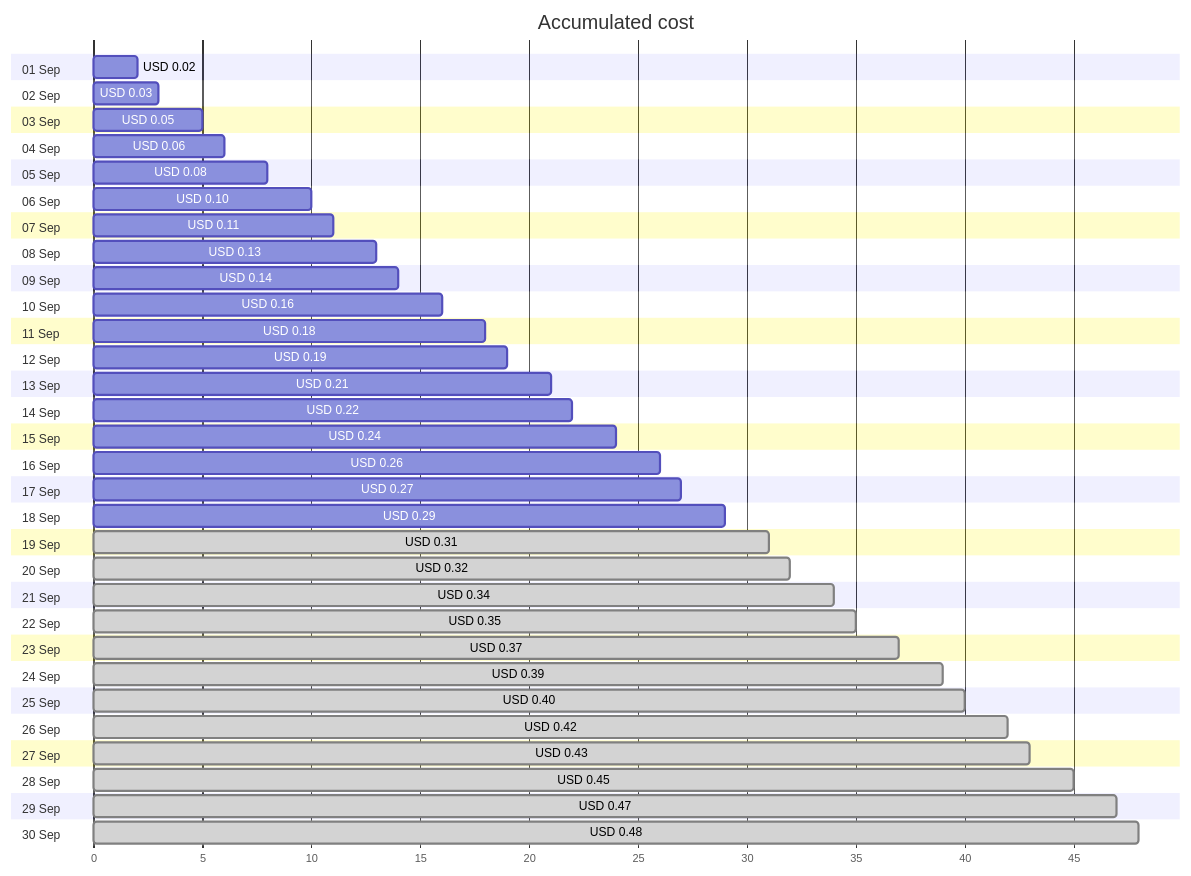
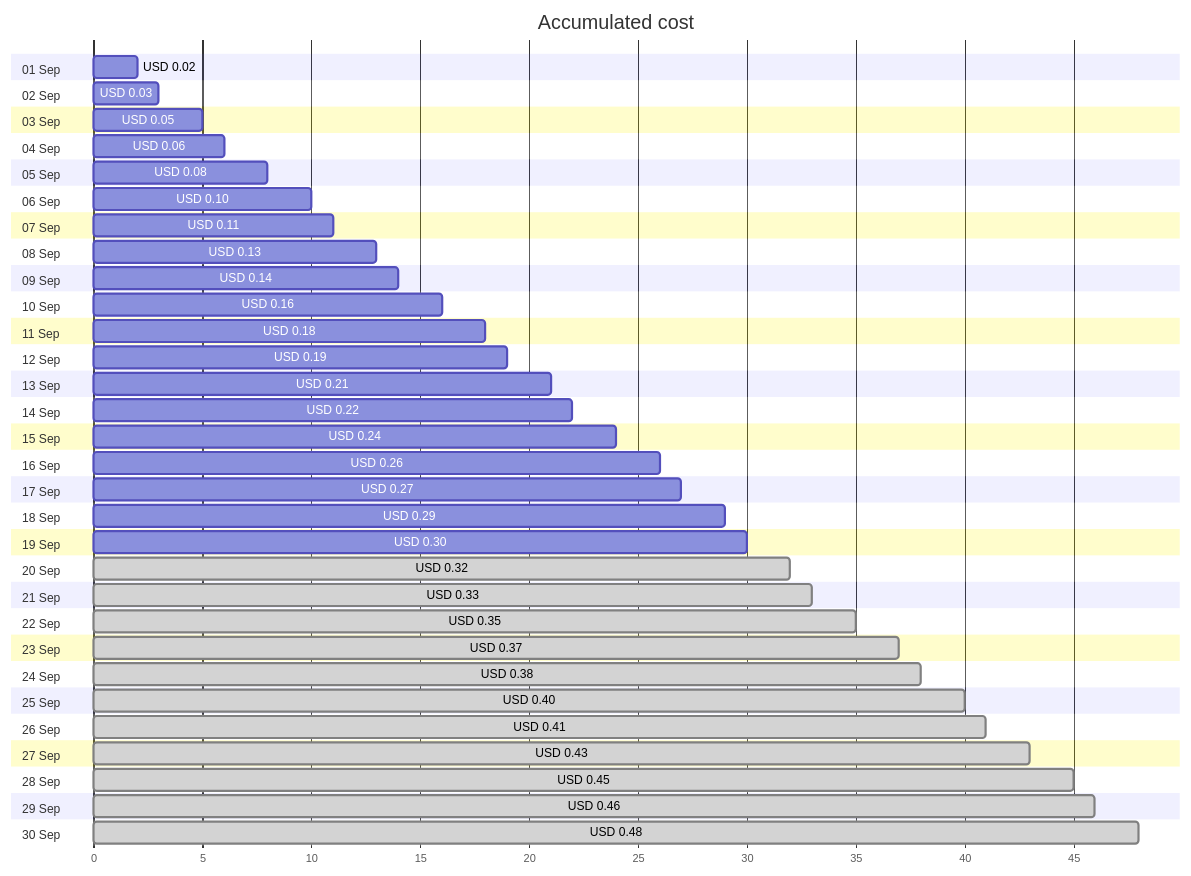
Before and after one commit to jpfulton/azure-personal-reports: the first of 4 diagrams in cost-reports/personal-network/private.jpatrickfulton.com.md, drawn with Mermaid. The commit also changed other lines of this file and 18 other files, not shown here.

````diff
--- a/cost-reports/personal-network/private.jpatrickfulton.com.md
+++ b/cost-reports/personal-network/private.jpatrickfulton.com.md
@@ -20,66 +20,66 @@
 ```mermaid
 gantt
    title Accumulated cost
    dateFormat  X
    axisFormat %s
    section 01 Sep
    USD 0.02 :0, 2
    section 02 Sep
    USD 0.03 :0, 3
    section 03 Sep
    USD 0.05 :0, 5
    section 04 Sep
    USD 0.06 :0, 6
    section 05 Sep
    USD 0.08 :0, 8
    section 06 Sep
    USD 0.10 :0, 10
    section 07 Sep
    USD 0.11 :0, 11
    section 08 Sep
    USD 0.13 :0, 13
    section 09 Sep
    USD 0.14 :0, 14
    section 10 Sep
    USD 0.16 :0, 16
    section 11 Sep
    USD 0.18 :0, 18
    section 12 Sep
    USD 0.19 :0, 19
    section 13 Sep
    USD 0.21 :0, 21
    section 14 Sep
    USD 0.22 :0, 22
    section 15 Sep
    USD 0.24 :0, 24
    section 16 Sep
    USD 0.26 :0, 26
    section 17 Sep
    USD 0.27 :0, 27
    section 18 Sep
    USD 0.29 :0, 29
    section 19 Sep
-   USD 0.31 : done, 0, 31
+   USD 0.30 :0, 30
    section 20 Sep
    USD 0.32 : done, 0, 32
    section 21 Sep
-   USD 0.34 : done, 0, 34
+   USD 0.33 : done, 0, 33
    section 22 Sep
    USD 0.35 : done, 0, 35
    section 23 Sep
    USD 0.37 : done, 0, 37
    section 24 Sep
-   USD 0.39 : done, 0, 39
+   USD 0.38 : done, 0, 38
    section 25 Sep
    USD 0.40 : done, 0, 40
    section 26 Sep
-   USD 0.42 : done, 0, 42
+   USD 0.41 : done, 0, 41
    section 27 Sep
    USD 0.43 : done, 0, 43
    section 28 Sep
    USD 0.45 : done, 0, 45
    section 29 Sep
-   USD 0.47 : done, 0, 47
+   USD 0.46 : done, 0, 46
    section 30 Sep
    USD 0.48 : done, 0, 48
 ```
````
